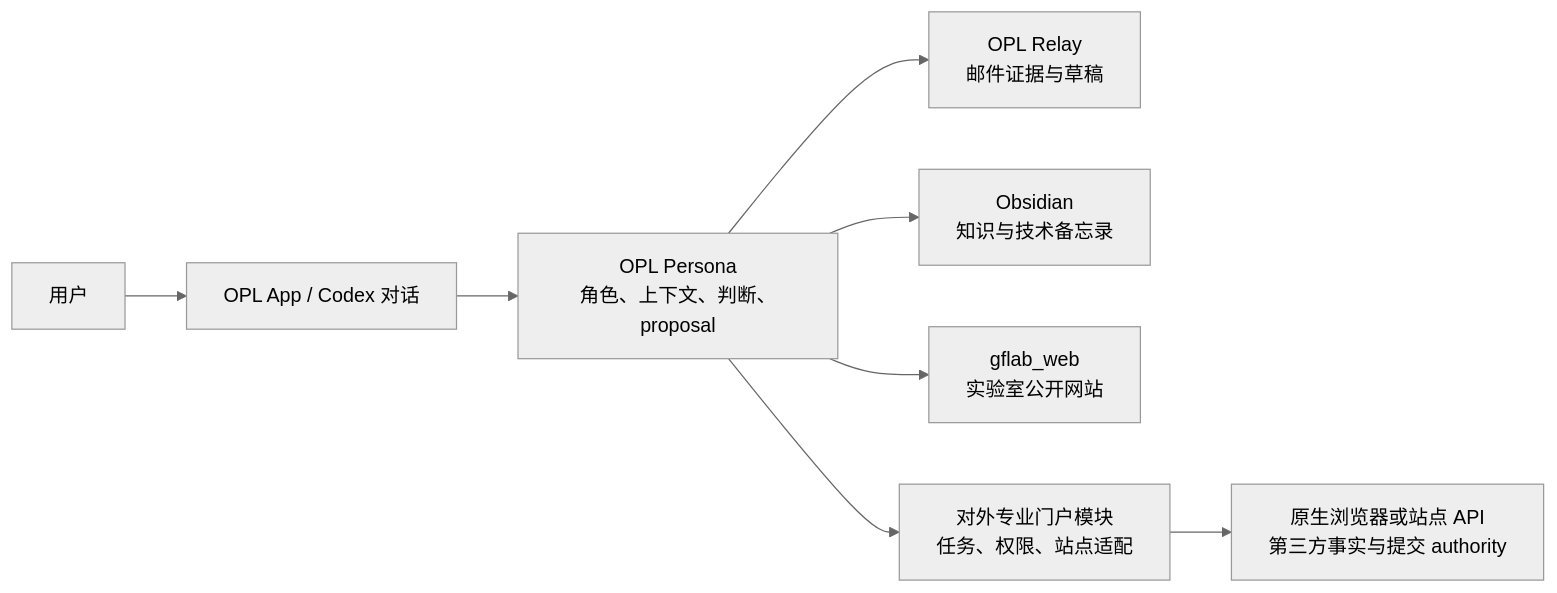
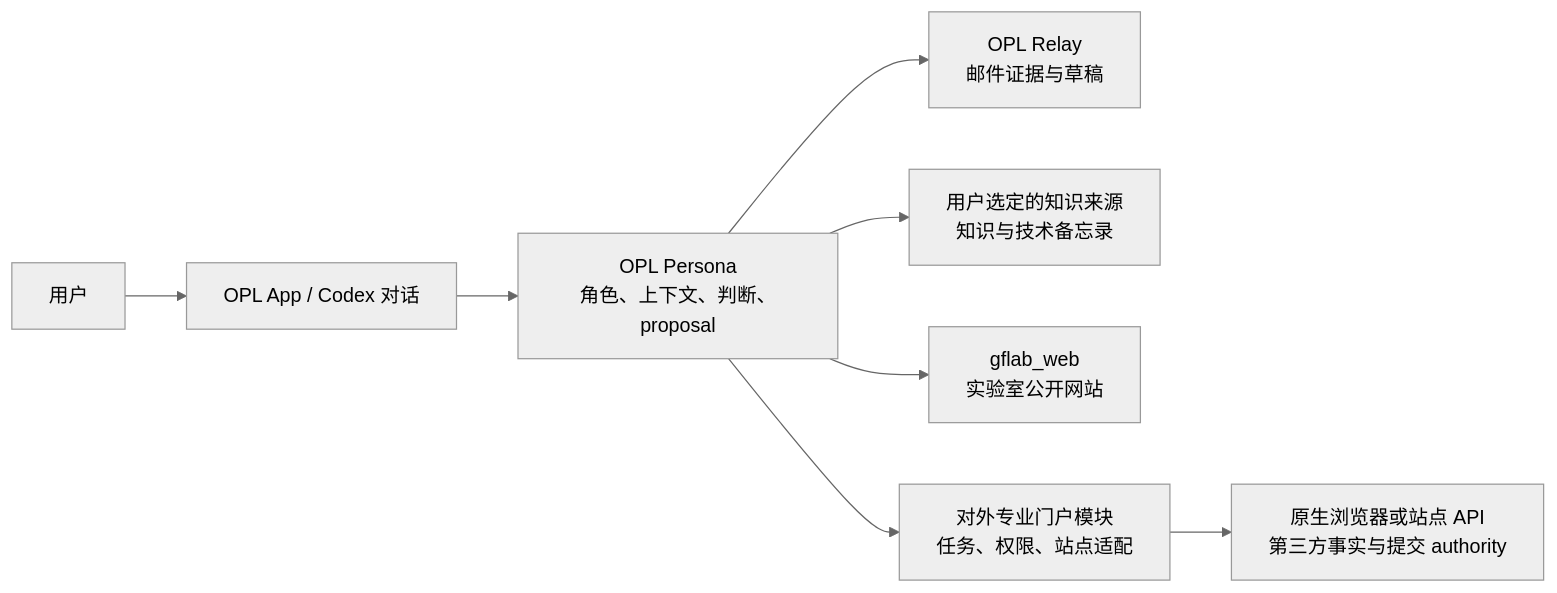
Before and after one commit to gaofeng21cn/opl-persona: the diagram in docs/external-professional-work.md, drawn with Mermaid (neutral theme). The commit also changed other lines of this file and 34 other files, not shown here.

````diff
--- a/docs/external-professional-work.md
+++ b/docs/external-professional-work.md
@@ -38,10 +38,10 @@
 ```mermaid
 flowchart LR
     U["用户"] --> APP["OPL App / Codex 对话"]
     APP --> P["OPL Persona\n角色、上下文、判断、proposal"]
     P --> R["OPL Relay\n邮件证据与草稿"]
-    P --> K["Obsidian\n知识与技术备忘录"]
+    P --> K["用户选定的知识来源\n知识与技术备忘录"]
     P --> G["gflab_web\n实验室公开网站"]
     P --> X["对外专业门户模块\n任务、权限、站点适配"]
     X --> E["原生浏览器或站点 API\n第三方事实与提交 authority"]
 ```
````
